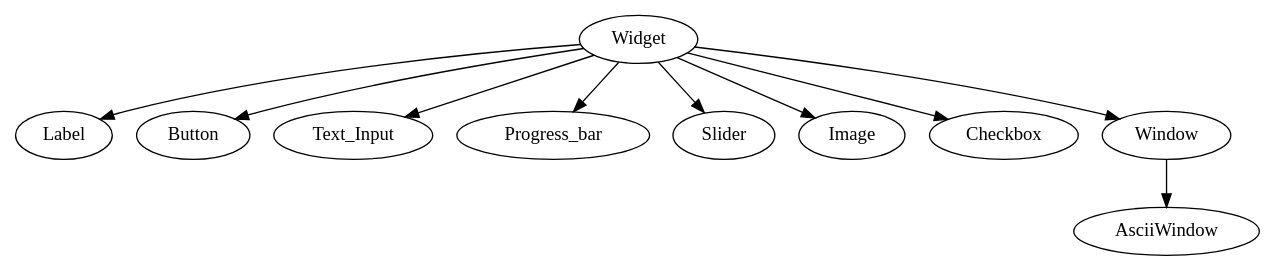
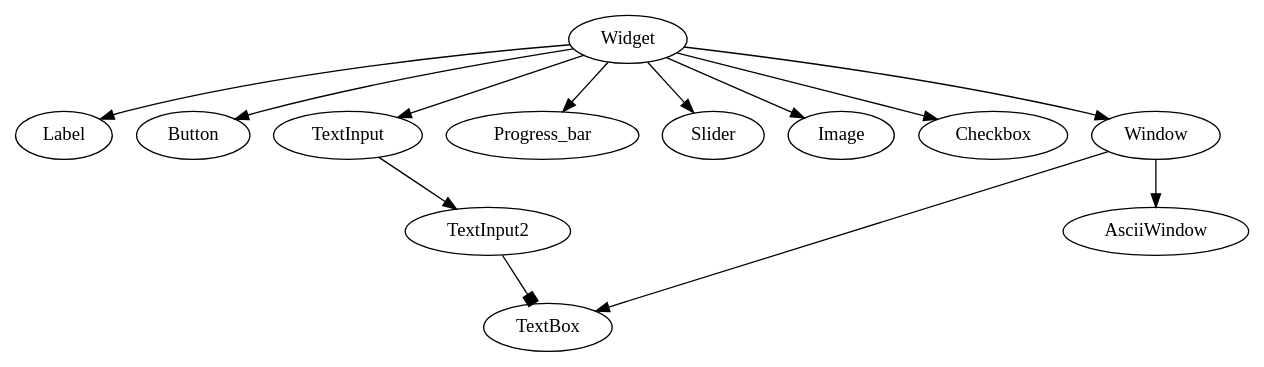
One commit to ParkSeungwon/opencv-gui changed the diagram in dot/graph.dot. Above: the diagram before and after it, drawn with Graphviz. The commit also changed 4 other files, not shown here.

```diff
--- a/dot/graph.dot
+++ b/dot/graph.dot
@@ -1,10 +1,12 @@
 digraph {
 	Widget -> Label;
 	Widget -> Button;
-	Widget -> Text_Input;
+	Widget -> TextInput -> TextInput2
+	TextInput2 -> TextBox[arrowhead = box];
 	Widget -> Progress_bar;
 	Widget -> Slider;
 	Widget -> Image;
 	Widget -> Checkbox;
 	Widget -> Window -> AsciiWindow;
+	Window -> TextBox;
 }
```
